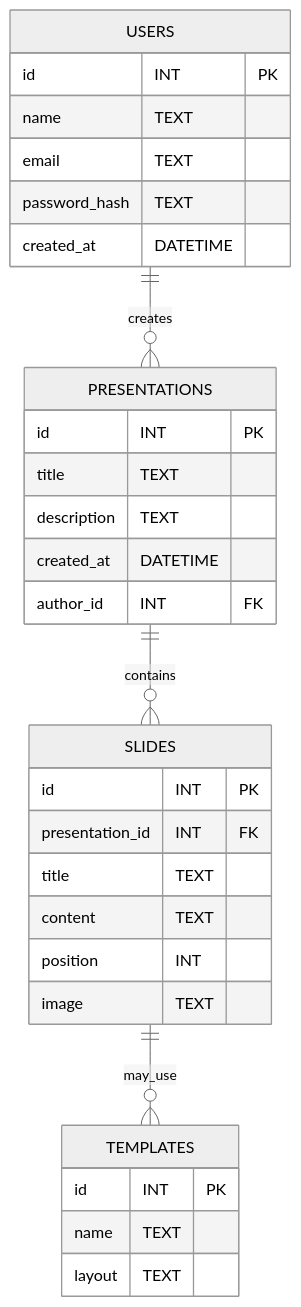
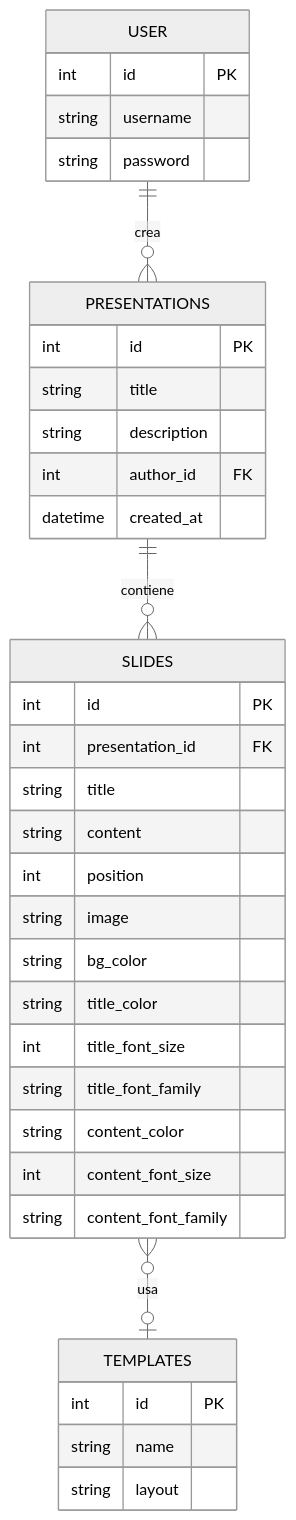
Before and after one commit to CristianMonticelli/Progetto_Maturita: the first of 3 diagrams in Documento_Requisiti_SlidesApp.md, drawn with Mermaid (neutral theme). The commit also changed other lines of this file, not shown here.

Commit message:
Update Documento_Requisiti_SlidesApp.mdmiglioria requisiti

````diff
--- a/Documento_Requisiti_SlidesApp.md
+++ b/Documento_Requisiti_SlidesApp.md
@@ -124,34 +121,39 @@
 ```mermaid
 erDiagram
-    USERS {
-        id INT PK
-        name TEXT
-        email TEXT
-        password_hash TEXT
-        created_at DATETIME
+    USER {
+        int id PK
+        string username
+        string password
     }
     PRESENTATIONS {
-        id INT PK
-        title TEXT
-        description TEXT
-        created_at DATETIME
-        author_id INT FK
+        int id PK
+        string title
+        string description
+        int author_id FK
+        datetime created_at
     }
     SLIDES {
-        id INT PK
-        presentation_id INT FK
-        title TEXT
-        content TEXT
-        position INT
-        image TEXT
+        int id PK
+        int presentation_id FK
+        string title
+        string content
+        int position
+        string image
+        string bg_color
+        string title_color
+        int title_font_size
+        string title_font_family
+        string content_color
+        int content_font_size
+        string content_font_family
     }
     TEMPLATES {
-        id INT PK
-        name TEXT
-        layout TEXT
+        int id PK
+        string name
+        string layout
     }
 
-    USERS ||--o{ PRESENTATIONS : creates
-    PRESENTATIONS ||--o{ SLIDES : contains
-    SLIDES ||--o{ TEMPLATES : may_use
+    USER ||--o{ PRESENTATIONS : crea
+    PRESENTATIONS ||--o{ SLIDES : contiene
+    SLIDES }o--o| TEMPLATES : usa
 ```
````
